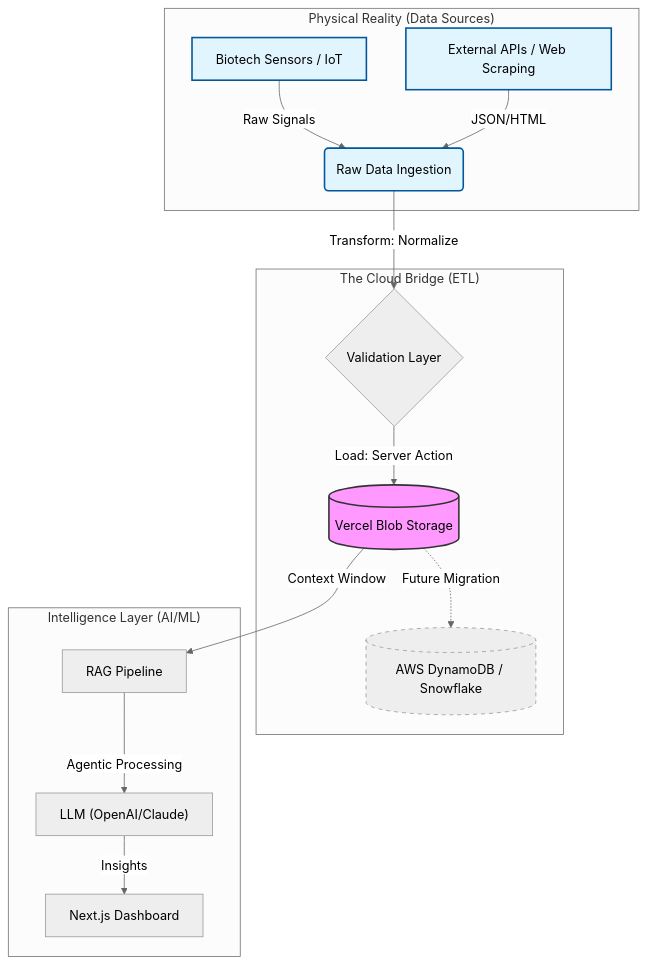
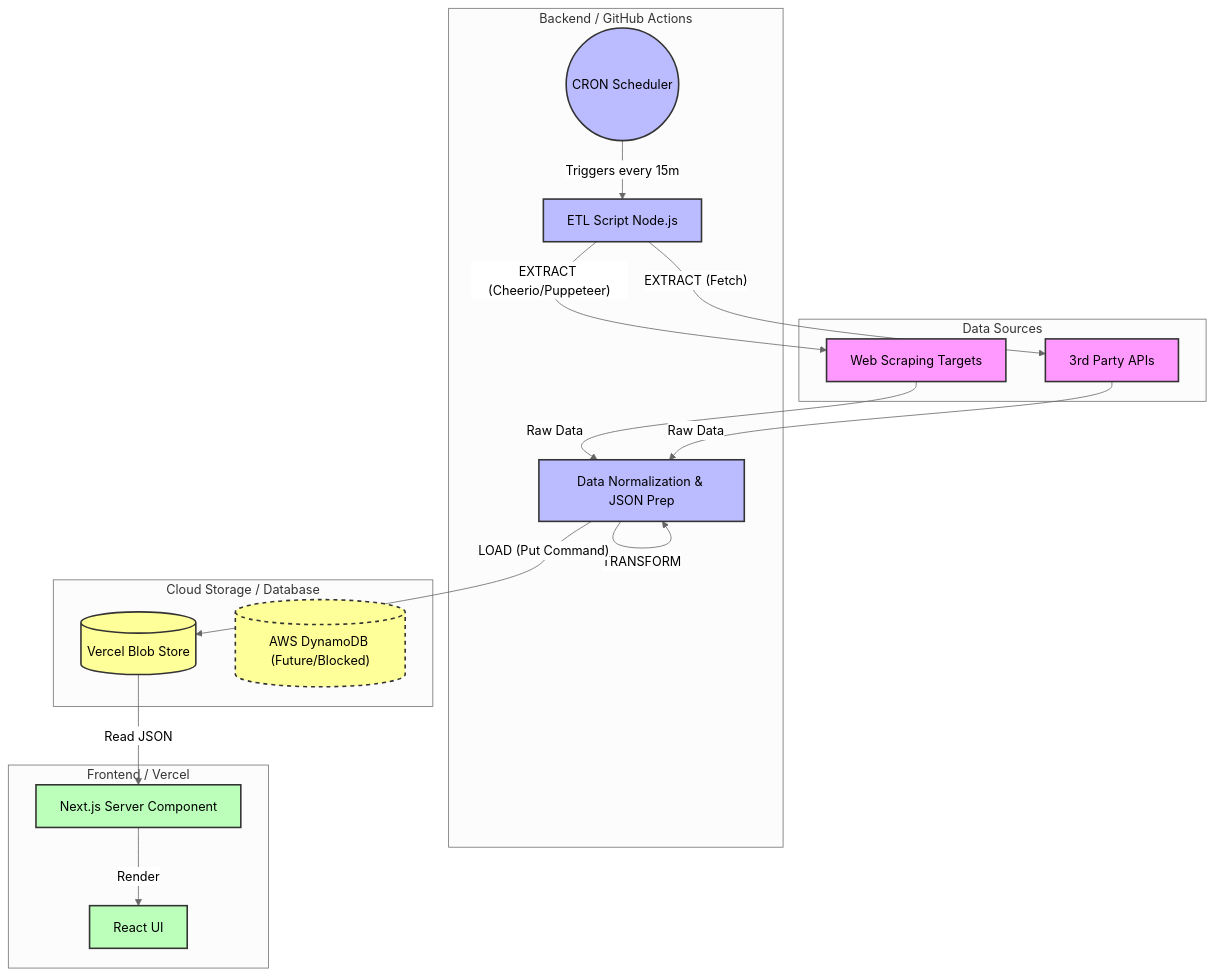
Before and after one commit to thomas-to-bcheme/thomas-to-bcheme: the diagram in README.md, drawn with Mermaid (neutral theme). The commit also changed other lines of this file and 4 other files, not shown here.

````diff
--- a/README.md
+++ b/README.md
@@ -67,27 +165,41 @@
 ```mermaid
-graph TD
-    %% Nodes
-    subgraph "Physical Reality (Data Sources)"
-        A[Biotech Sensors / IoT] -->|Raw Signals| C(Raw Data Ingestion)
-        B[External APIs / Web Scraping] -->|JSON/HTML| C
+flowchart TD
+    %% Styling
+    classDef external fill:#f9f,stroke:#333,stroke-width:2px;
+    classDef backend fill:#bbf,stroke:#333,stroke-width:2px;
+    classDef storage fill:#ff9,stroke:#333,stroke-width:2px;
+    classDef frontend fill:#bfb,stroke:#333,stroke-width:2px;
+
+    subgraph Sources [Data Sources]
+        Web[Web Scraping Targets]:::external
+        API[3rd Party APIs]:::external
     end
 
-    subgraph "The Cloud Bridge (ETL)"
-        C -->|Transform: Normalize| D{Validation Layer}
-        D -->|Load: Server Action| E[(Vercel Blob Storage)]
-        style E fill:#f9f,stroke:#333,stroke-width:2px
-        
-        E -.->|Future Migration| F[(AWS DynamoDB / Snowflake)]
-        style F fill:#eee,stroke:#999,stroke-dasharray: 5 5
+    subgraph ETL_Backend [Backend / GitHub Actions]
+        Cron((CRON Scheduler)):::backend
+        Script[ETL Script Node.js]:::backend
+        Transform[Data Normalization & JSON Prep]:::backend
     end
 
-    subgraph "Intelligence Layer (AI/ML)"
-        E -->|Context Window| G[RAG Pipeline]
-        G -->|Agentic Processing| H["LLM (OpenAI/Claude)"]
-        H -->|Insights| I[Next.js Dashboard]
+    subgraph Cloud_Storage [Cloud Storage / Database]
+        Blob[(Vercel Blob Store)]:::storage
+        DynamoDB[("AWS DynamoDB (Future/Blocked)")]:::storage
+        style DynamoDB stroke-dasharray: 5 5
     end
 
-    %% Styles
-    classDef source fill:#e1f5fe,stroke:#01579b,stroke-width:2px;
-    class A,B,C source;
+    subgraph Client [Frontend / Vercel]
+        NextJS[Next.js Server Component]:::frontend
+        UI[React UI]:::frontend
+    end
+
+    %% Flows
+    Cron --"Triggers every 15m"--> Script
+    Script --"EXTRACT (Cheerio/Puppeteer)"--> Web
+    Script --"EXTRACT (Fetch)"--> API
+    Web & API --"Raw Data"--> Transform
+    Transform --"TRANSFORM"--> Transform
+    Transform --"LOAD (Put Command)"--> Blob
+    
+    Blob --"Read JSON"--> NextJS
+    NextJS --"Render"--> UI
 ```
````
